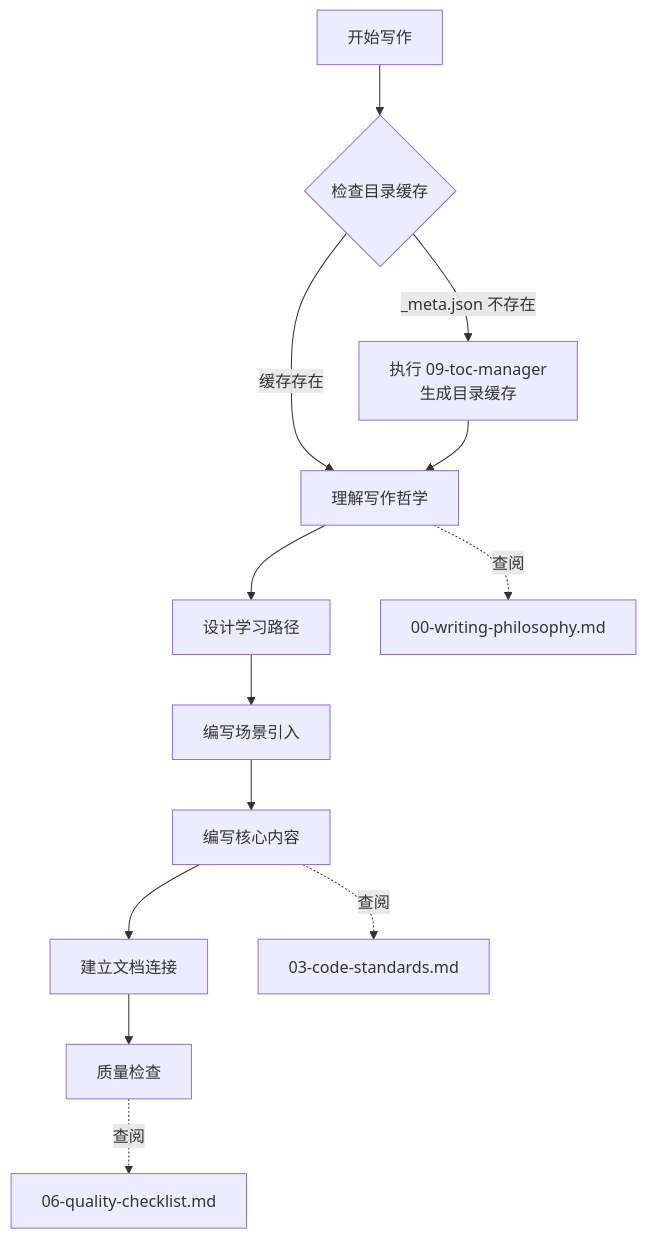
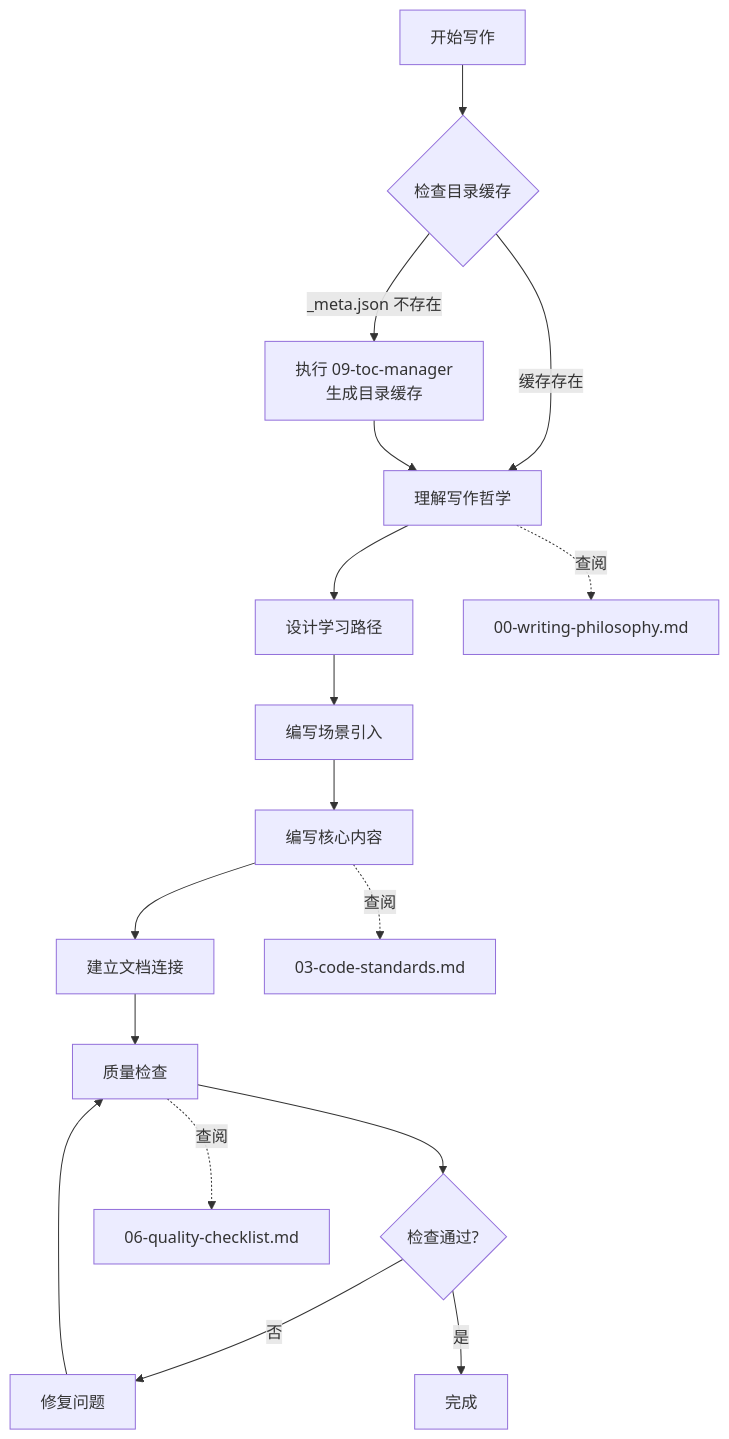
One commit to smartboot/feat changed the third of 5 diagrams in .agents/skills/feat-docs-tutorial/SKILL.md. Above: the diagram before and after it, drawn with Mermaid. The commit also changed 1 other file, not shown here.

Commit message:
docs(tutorial): 更新质量检查清单和技能流程图
- 在质量检查清单中添加链接有效性检查专项
- 细化链接检查范围包括文档间链接和锚点链接
- 为技能流程图添加检查通过判断节点和循环修复流程
- 完善质量检查流程的可视化表示

````diff
--- a/.agents/skills/feat-docs-tutorial/SKILL.md
+++ b/.agents/skills/feat-docs-tutorial/SKILL.md
@@ -54,16 +54,20 @@
 ```mermaid
 flowchart TD
     A[开始写作] --> B{检查目录缓存}
     B -->|_meta.json 不存在| C[执行 09-toc-manager<br/>生成目录缓存]
     B -->|缓存存在| D[理解写作哲学]
     C --> D
     D --> E[设计学习路径]
     E --> F[编写场景引入]
     F --> G[编写核心内容]
     G --> H[建立文档连接]
     H --> I[质量检查]
+    I --> J{检查通过?}
+    J -->|否| K[修复问题]
+    K --> I
+    J -->|是| L[完成]
     
     D -.->|查阅| D1[00-writing-philosophy.md]
     G -.->|查阅| G1[03-code-standards.md]
     I -.->|查阅| I1[06-quality-checklist.md]
 ```
````
